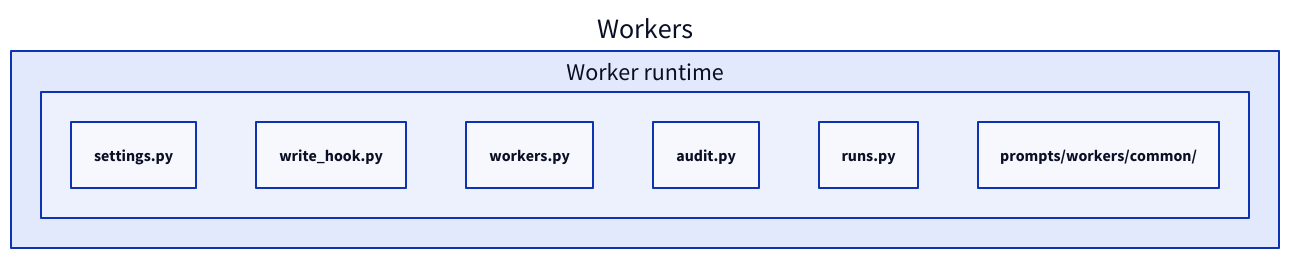
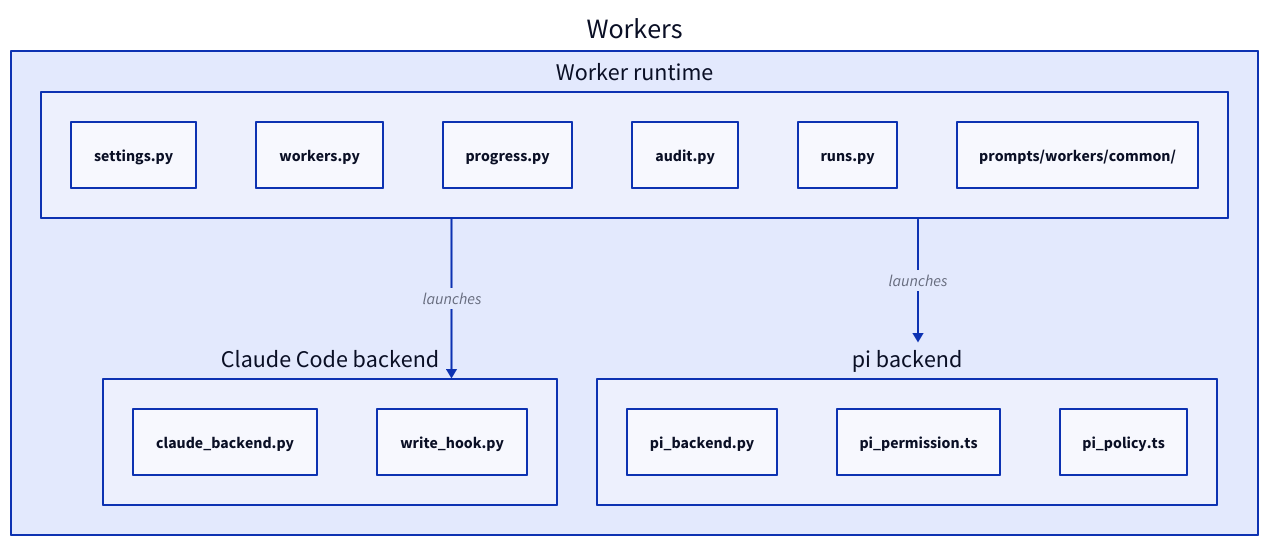
Before and after one commit to FTOD/concorde: the second of 4 diagrams in specs/concorde/harness/workers/module.md, drawn with D2. The commit also changed other lines of this file and 13 other files, not shown here.

````diff
--- a/specs/concorde/harness/workers/module.md
+++ b/specs/concorde/harness/workers/module.md
@@ -147,12 +182,23 @@
 ```d2
 workers: Workers {
   runtime: Worker runtime {
     "settings.py"
-    "write_hook.py"
     "workers.py"
+    "progress.py"
     "audit.py"
     "runs.py"
     "prompts/workers/common/"
   }
+  claude: Claude Code backend {
+    "claude_backend.py"
+    "write_hook.py"
+  }
+  pi: pi backend {
+    "pi_backend.py"
+    "pi_permission.ts"
+    "pi_policy.ts"
+  }
+  runtime -> claude: launches
+  runtime -> pi: launches
 }
 ```
````
